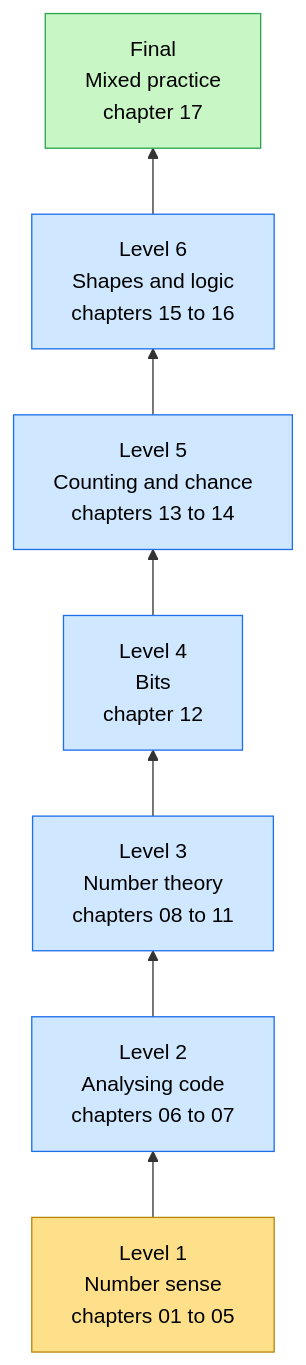
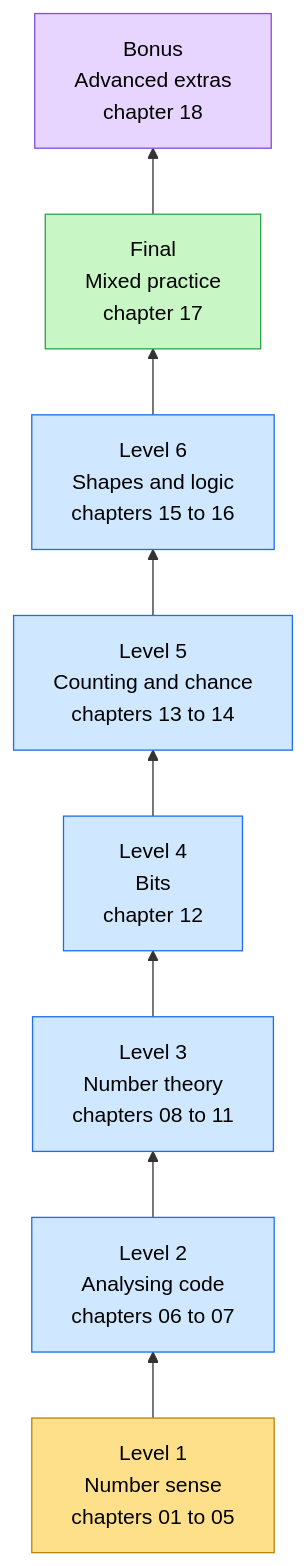
One commit to arpit-cts/do_dsa changed the second of 3 diagrams in maths_for_dsa/README.md. Above: the diagram before and after it, drawn with Mermaid. The commit also changed other lines of this file and 3 other files, not shown here.

First line of the commit message:
Add bonus chapter 18: advanced extras

````diff
--- a/maths_for_dsa/README.md
+++ b/maths_for_dsa/README.md
@@ -57,18 +57,21 @@
 ```mermaid
 flowchart BT
     L1["Level 1<br/>Number sense<br/>chapters 01 to 05"]
     L2["Level 2<br/>Analysing code<br/>chapters 06 to 07"]
     L3["Level 3<br/>Number theory<br/>chapters 08 to 11"]
     L4["Level 4<br/>Bits<br/>chapter 12"]
     L5["Level 5<br/>Counting and chance<br/>chapters 13 to 14"]
     L6["Level 6<br/>Shapes and logic<br/>chapters 15 to 16"]
     L7["Final<br/>Mixed practice<br/>chapter 17"]
-    L1 --> L2 --> L3 --> L4 --> L5 --> L6 --> L7
+    L8["Bonus<br/>Advanced extras<br/>chapter 18"]
+    L1 --> L2 --> L3 --> L4 --> L5 --> L6 --> L7 --> L8
 
     classDef start fill:#ffe08a,stroke:#b8860b,color:#000
     classDef step fill:#cfe8ff,stroke:#1f6feb,color:#000
     classDef goal fill:#c8f7c5,stroke:#2da44e,color:#000
+    classDef bonus fill:#e8d5ff,stroke:#8250df,color:#000
     class L1 start
     class L2,L3,L4,L5,L6 step
     class L7 goal
+    class L8 bonus
 ```
````
